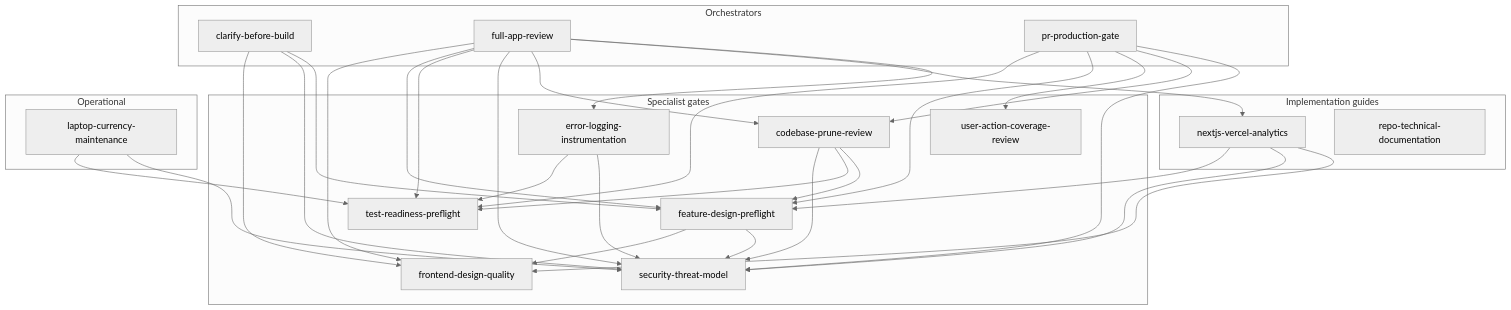
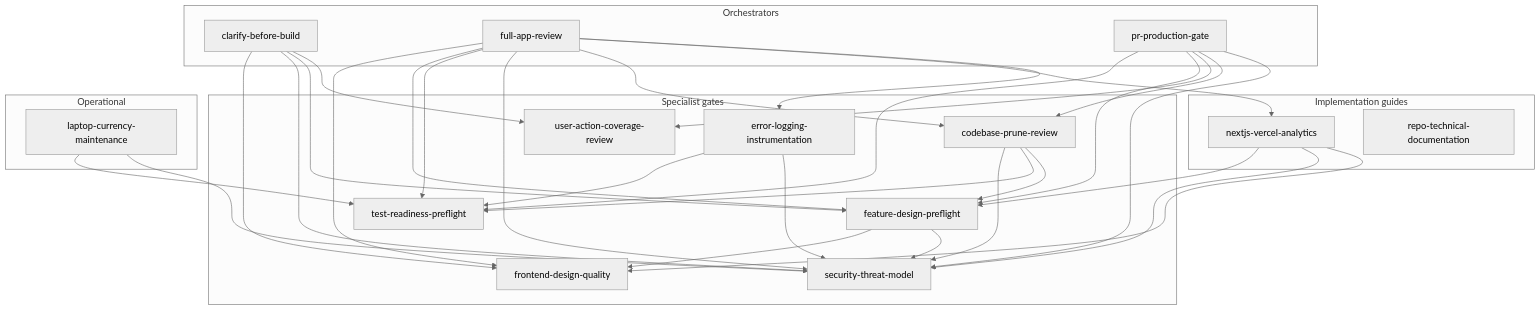
The diagram in docs/skill-graph.md (jimtin/production-ai), drawn with Mermaid (neutral theme) before and after one commit. The commit also changed 6 other files, not shown here.

````diff
--- a/docs/skill-graph.md
+++ b/docs/skill-graph.md
@@ -7,52 +7,53 @@
 ```mermaid
 graph TD
     subgraph Orchestrators
         CBB[clarify-before-build]
         FAR[full-app-review]
         PRG[pr-production-gate]
     end
     subgraph Specialist gates
         FDP[feature-design-preflight]
         FDQ[frontend-design-quality]
         TRP[test-readiness-preflight]
         UAC[user-action-coverage-review]
         CPR[codebase-prune-review]
         ELI[error-logging-instrumentation]
         STM[security-threat-model]
     end
     subgraph Implementation guides
         NVA[nextjs-vercel-analytics]
         RTD[repo-technical-documentation]
     end
     subgraph Operational
         LCM[laptop-currency-maintenance]
     end
 
     CBB --> FDQ
     CBB --> STM
     CBB --> FDP
+    CBB --> UAC
     FAR --> FDQ
     FAR --> FDP
     FAR --> TRP
     FAR --> STM
     FAR --> CPR
     FAR --> NVA
     FAR --> ELI
     PRG --> TRP
     PRG --> FDP
     PRG --> UAC
     PRG --> CPR
     PRG --> STM
     CPR --> STM
     CPR --> TRP
     CPR --> FDP
     FDP --> FDQ
     FDP --> STM
     NVA --> FDP
     NVA --> STM
     NVA --> FDQ
     ELI --> TRP
     ELI --> STM
     LCM --> TRP
     LCM --> STM
 ```
````
